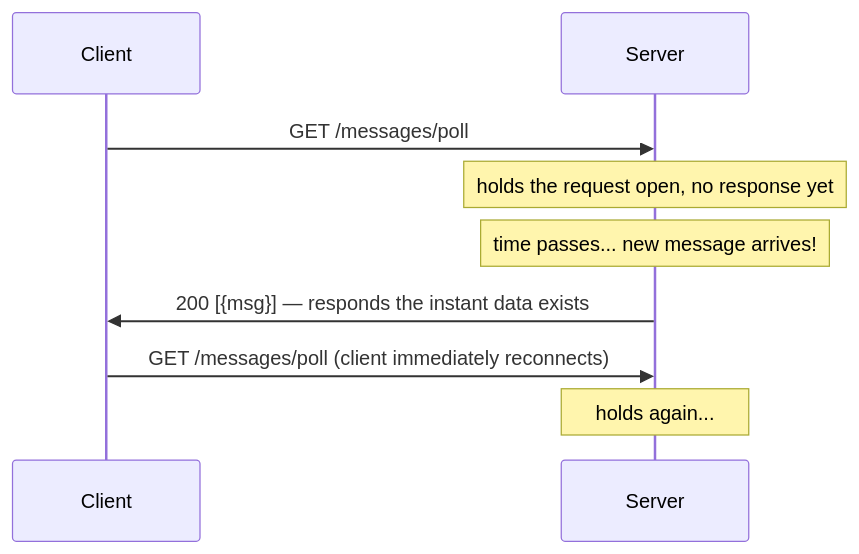
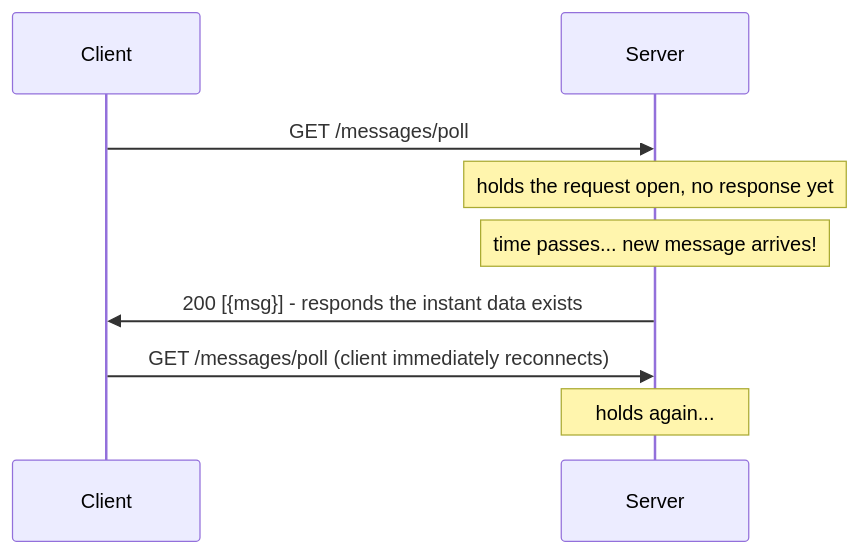
One commit to ParthGadhiya0602/System-Design changed the second of 4 diagrams in research/backend/L1/08-websockets-sse-long-polling.md. Above: the diagram before and after it, drawn with Mermaid. The commit also changed other lines of this file and 59 other files, not shown here.

````diff
--- a/research/backend/L1/08-websockets-sse-long-polling.md
+++ b/research/backend/L1/08-websockets-sse-long-polling.md
@@ -71,11 +71,11 @@
 ```mermaid
 sequenceDiagram
     participant C as Client
     participant S as Server
     C->>S: GET /messages/poll
     Note over S: holds the request open, no response yet
     Note over S: time passes... new message arrives!
-    S->>C: 200 [{msg}] — responds the instant data exists
+    S->>C: 200 [{msg}] - responds the instant data exists
     C->>S: GET /messages/poll (client immediately reconnects)
     Note over S: holds again...
 ```
````
